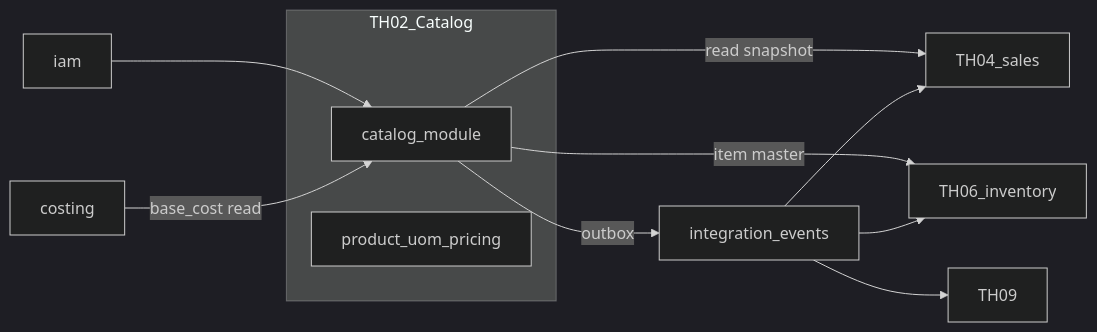
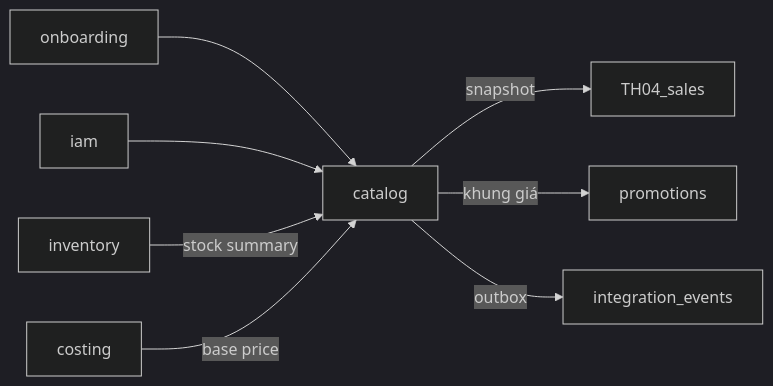
The diagram in docs/themes/TH-02-product-pricing/harness/02-module-map.md (DsChien102/erp-sales-inventory), drawn with Mermaid (dark theme) before and after one commit. The commit also changed other lines of this file and 169 other files, not shown here.

First line of the commit message:
feat(TH-02): expand product pricing documentation and introduce discovery readiness epic

````diff
--- a/docs/themes/TH-02-product-pricing/harness/02-module-map.md
+++ b/docs/themes/TH-02-product-pricing/harness/02-module-map.md
@@ -14,15 +15,10 @@
 ```mermaid
 flowchart LR
-  subgraph th02 [TH02_Catalog]
-    Catalog[catalog_module]
-    ProductMaster[product_uom_pricing]
-  end
+  Onboarding[onboarding] --> Catalog[catalog]
   IAM[iam] --> Catalog
-  Costing[costing] -->|base_cost read| Catalog
-  Catalog -->|read snapshot| Sales[TH04_sales]
-  Catalog -->|item master| Inventory[TH06_inventory]
+  Inventory[inventory] -->|stock summary| Catalog
+  Costing[costing] -->|base price| Catalog
+  Catalog -->|snapshot| Sales[TH04_sales]
+  Catalog -->|khung giá| Promotions[promotions]
   Catalog -->|outbox| Events[integration_events]
-  Events --> Sales
-  Events --> Inventory
-  Events --> Reporting[TH09]
 ```
````
